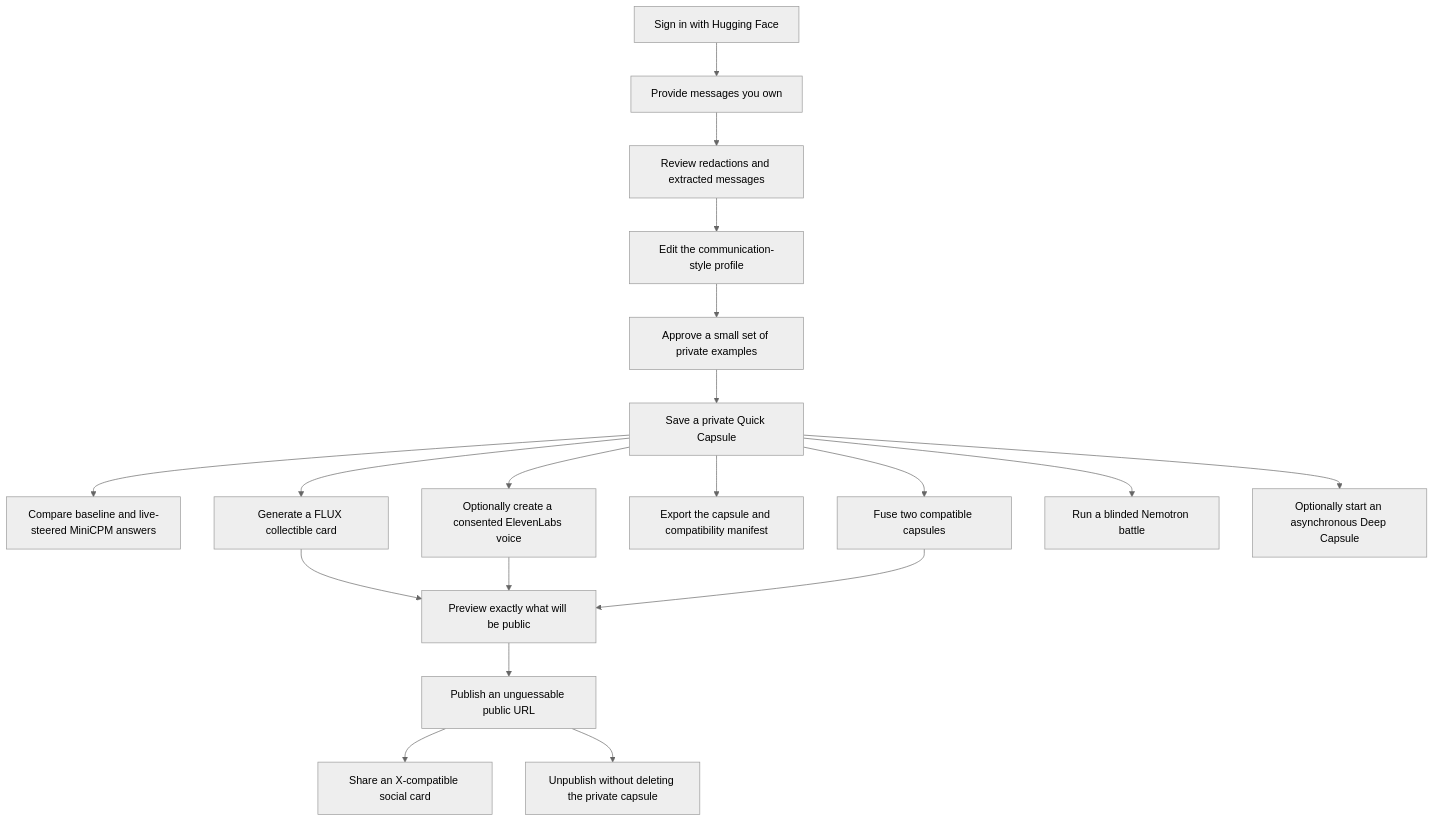
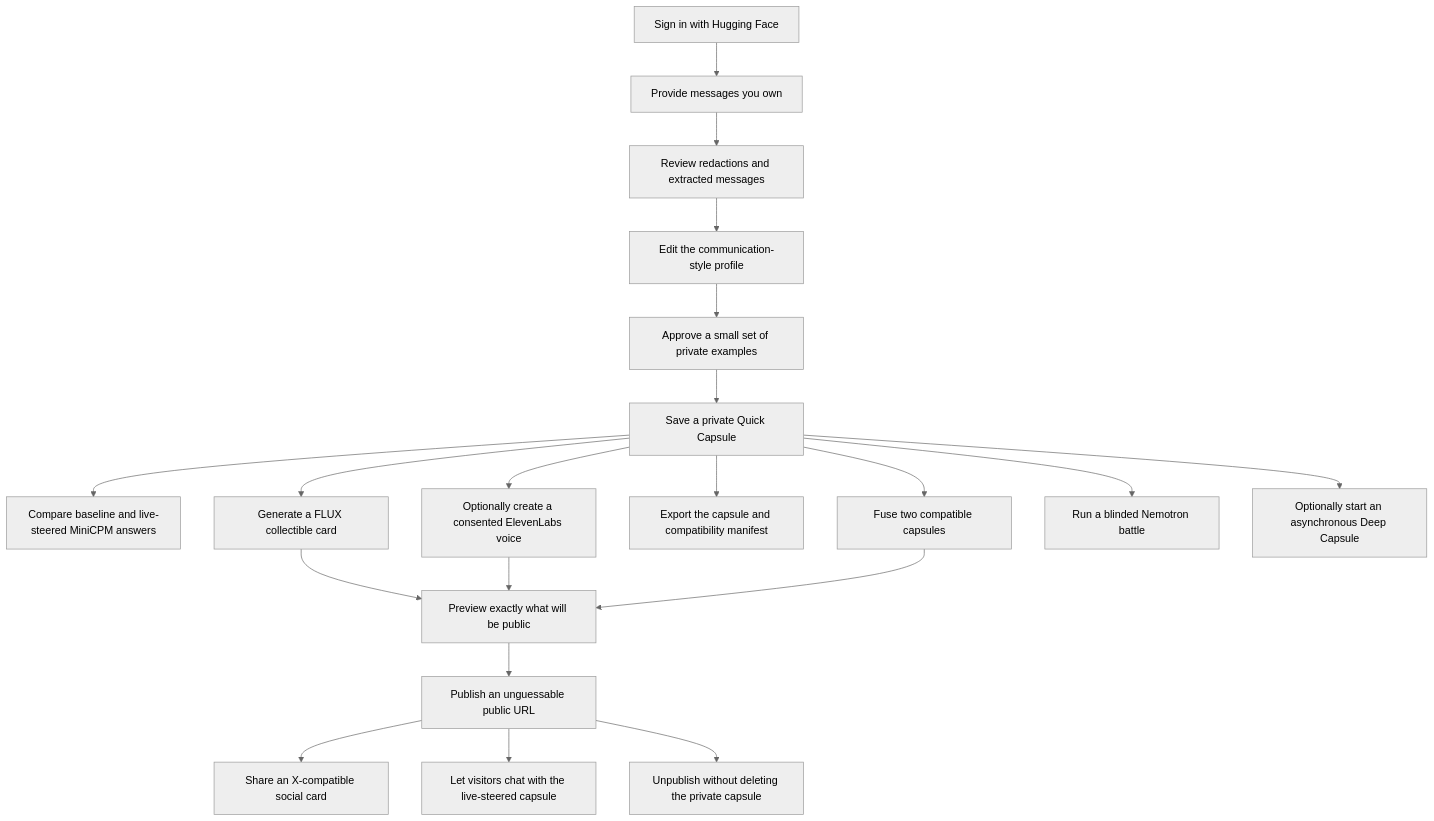
The first of 3 diagrams in README.md (perfect7613/persona-capsule), drawn with Mermaid (neutral theme) before and after one commit. The commit also changed other lines of this file and 12 other files, not shown here.

Commit message:
Add anime capsule cards and public live chat

````diff
--- a/README.md
+++ b/README.md
@@ -88,21 +89,22 @@
 ```mermaid
 flowchart TD
     A["Sign in with Hugging Face"] --> B["Provide messages you own"]
     B --> C["Review redactions and extracted messages"]
     C --> D["Edit the communication-style profile"]
     D --> E["Approve a small set of private examples"]
     E --> F["Save a private Quick Capsule"]
     F --> G["Compare baseline and live-steered MiniCPM answers"]
     F --> H["Generate a FLUX collectible card"]
     F --> I["Optionally create a consented ElevenLabs voice"]
     F --> J["Export the capsule and compatibility manifest"]
     F --> O["Fuse two compatible capsules"]
     F --> P["Run a blinded Nemotron battle"]
     F --> Q["Optionally start an asynchronous Deep Capsule"]
     H --> K["Preview exactly what will be public"]
     I --> K
     O --> K
     K --> L["Publish an unguessable public URL"]
     L --> M["Share an X-compatible social card"]
+    L --> R["Let visitors chat with the live-steered capsule"]
     L --> N["Unpublish without deleting the private capsule"]
 ```
````
